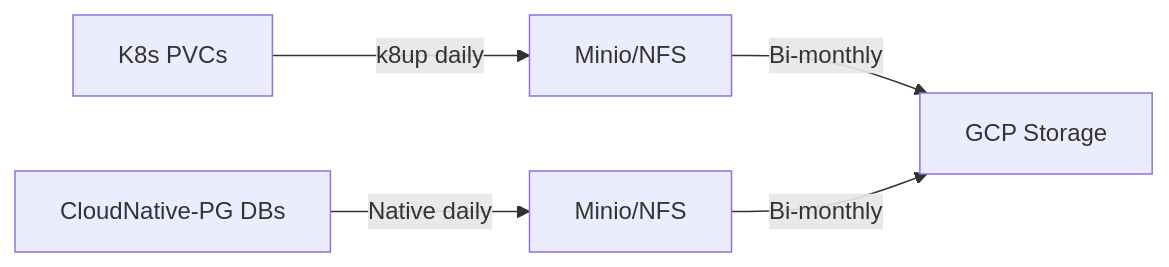
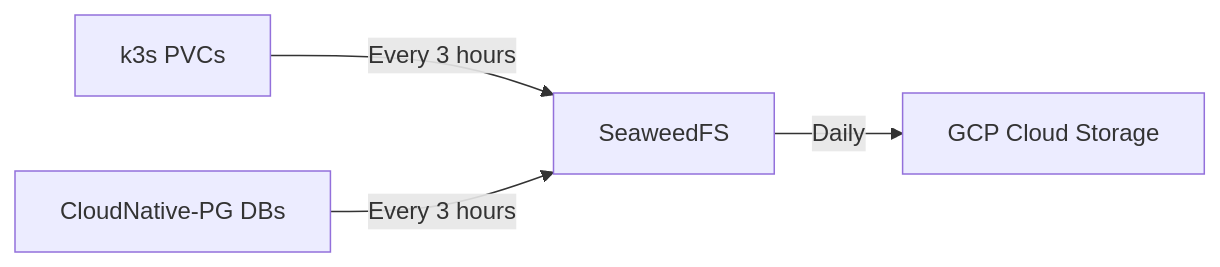
Before and after one commit to blake-hamm/bhamm-lab: the first of 2 diagrams in docker/docs-site/docs/backups/index.md, drawn with Mermaid. The commit also changed other lines of this file and 2 other files, not shown here.

````diff
--- a/docker/docs-site/docs/backups/index.md
+++ b/docker/docs-site/docs/backups/index.md
@@ -11,7 +11,6 @@
 ```mermaid
 graph LR
-A[K8s PVCs] -->|k8up daily| B[Minio/NFS]
-C[CloudNative-PG DBs] -->|Native daily| D[Minio/NFS]
-B -->|Bi-monthly| E[GCP Storage]
-D -->|Bi-monthly| E[GCP Storage]
+A[k3s PVCs] -->|Every 3 hours| C[SeaweedFS]
+B[CloudNative-PG DBs] -->|Every 3 hours| C[SeaweedFS]
+C -->|Daily| D[GCP Cloud Storage]
 ```
````
